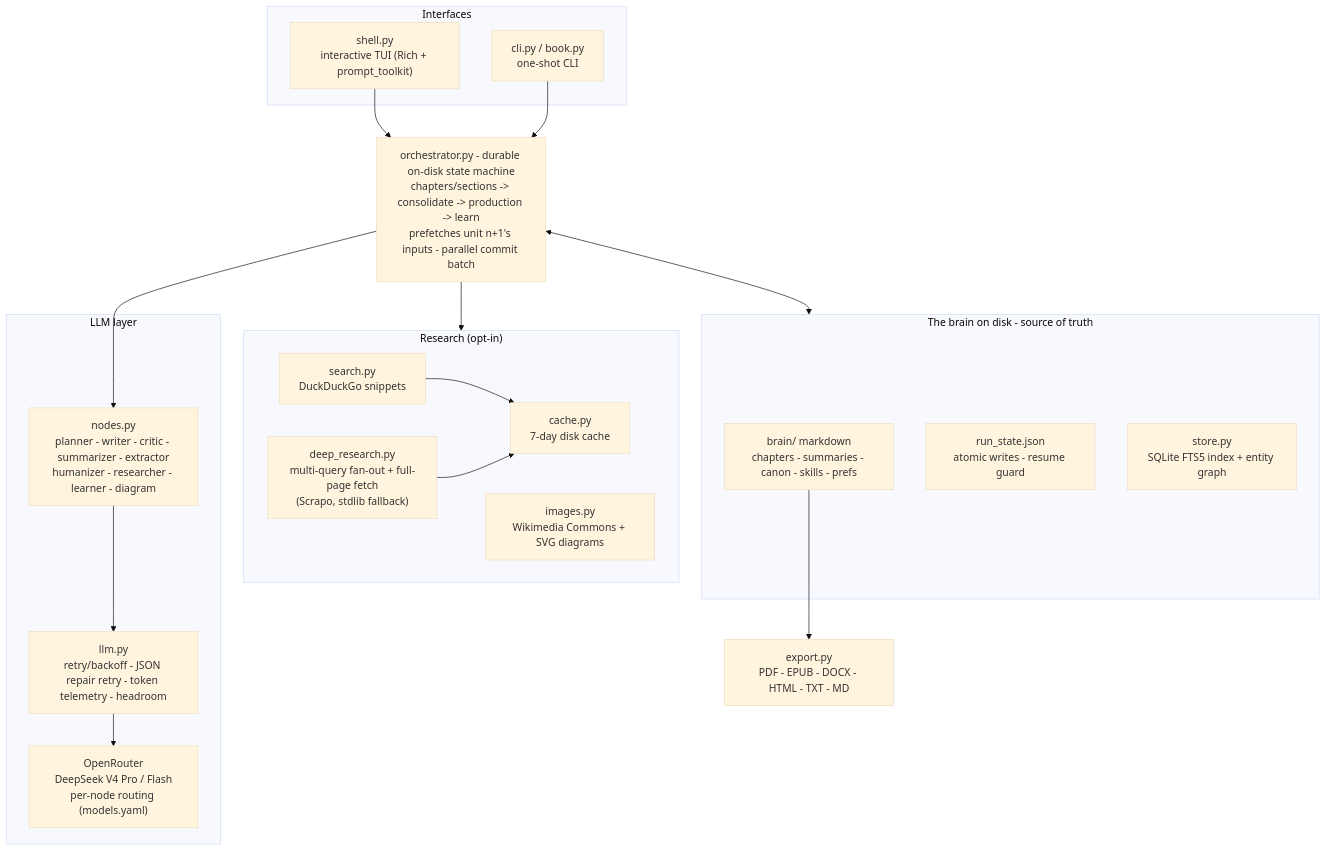
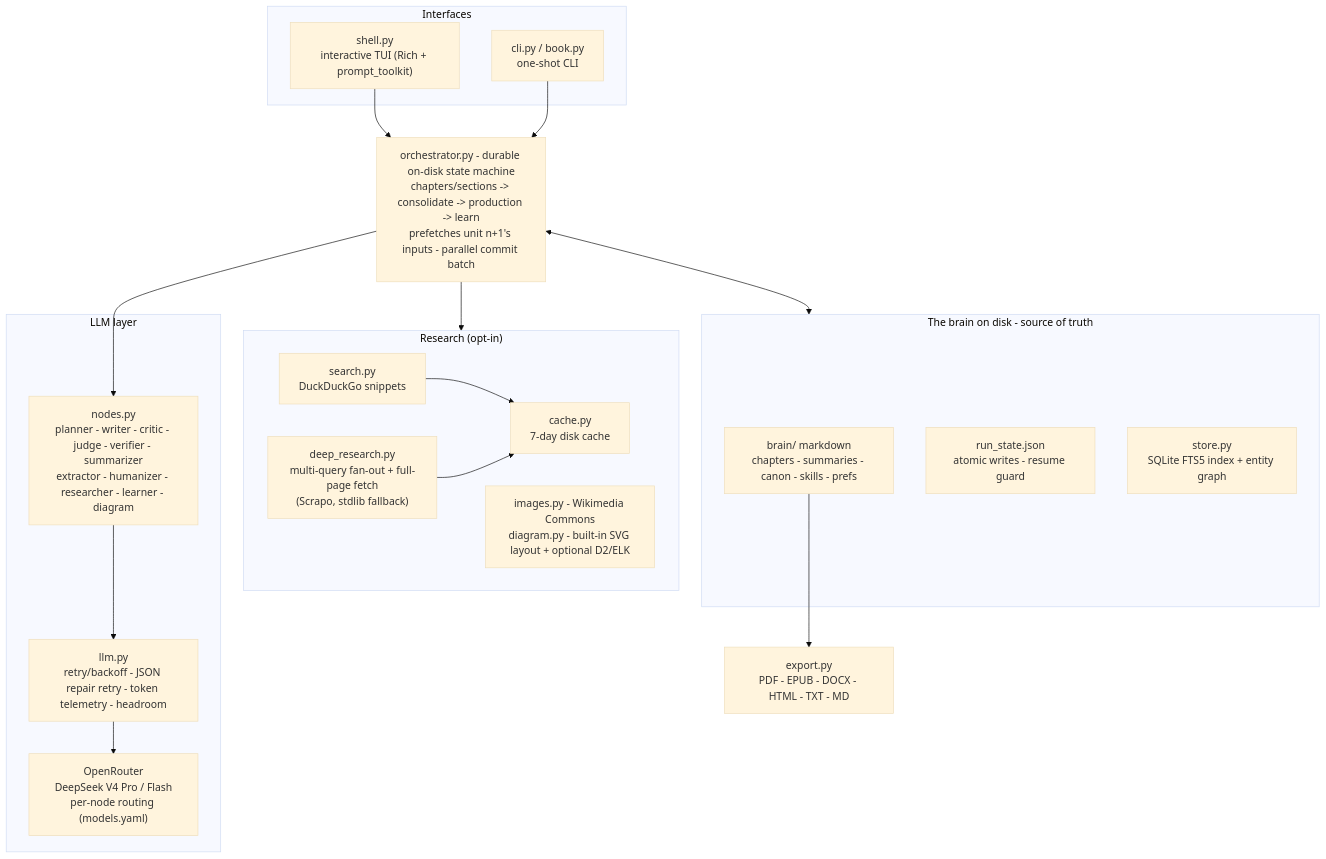
The diagram in README.md (vikast908/WritingAgent), drawn with Mermaid (base theme) before and after one commit. The commit also changed other lines of this file and 1 other file, not shown here.

First line of the commit message:
docs(readme): real system-generated diagram-pipeline figure + de-stale the SVG section

````diff
--- a/README.md
+++ b/README.md
@@ -522,41 +575,41 @@
 ```mermaid
 flowchart TB
     subgraph IFACE["Interfaces"]
         TUI["shell.py<br/>interactive TUI (Rich + prompt_toolkit)"]
         CLI["cli.py / book.py<br/>one-shot CLI"]
     end
 
     ORCH["orchestrator.py - durable on-disk state machine<br/>chapters/sections -> consolidate -> production -> learn<br/>prefetches unit n+1's inputs - parallel commit batch"]
 
     subgraph LLML["LLM layer"]
-        NODES["nodes.py<br/>planner - writer - critic - summarizer - extractor<br/>humanizer - researcher - learner - diagram"]
+        NODES["nodes.py<br/>planner - writer - critic - judge - verifier - summarizer<br/>extractor - humanizer - researcher - learner - diagram"]
         WRAP["llm.py<br/>retry/backoff - JSON repair retry - token telemetry - headroom"]
         ORTR["OpenRouter<br/>DeepSeek V4 Pro / Flash<br/>per-node routing (models.yaml)"]
     end
 
     subgraph RES["Research (opt-in)"]
         SRCH["search.py<br/>DuckDuckGo snippets"]
         DEEP["deep_research.py<br/>multi-query fan-out + full-page fetch<br/>(Scrapo, stdlib fallback)"]
-        IMGS["images.py<br/>Wikimedia Commons + SVG diagrams"]
+        IMGS["images.py - Wikimedia Commons<br/>diagram.py - built-in SVG layout + optional D2/ELK"]
         CCH["cache.py<br/>7-day disk cache"]
     end
 
     subgraph BRN["The brain on disk - source of truth"]
         MDF["brain/ markdown<br/>chapters - summaries - canon - skills - prefs"]
         RST["run_state.json<br/>atomic writes - resume guard"]
         FTS["store.py<br/>SQLite FTS5 index + entity graph"]
     end
 
     EXP["export.py<br/>PDF - EPUB - DOCX - HTML - TXT - MD"]
 
     TUI --> ORCH
     CLI --> ORCH
     ORCH --> NODES
     NODES --> WRAP
     WRAP --> ORTR
     ORCH --> RES
     SRCH --> CCH
     DEEP --> CCH
     ORCH <--> BRN
     MDF --> EXP
 ```
````
